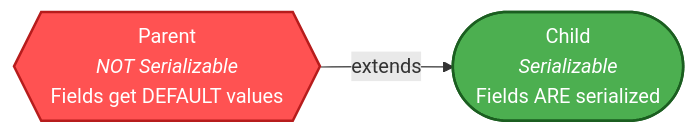
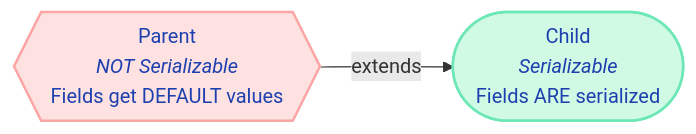
One commit to saivamsikaruturi/vamsilabs-dev-notes-main changed the second of 2 diagrams in docs/java/Serialization.md. Above: the diagram before and after it, drawn with Mermaid. The commit also changed other lines of this file and 220 other files, not shown here.

First line of the commit message:
Add 50+ new Java/Spring Boot pages, rewrite CSS code blocks to Oracle style, fix all diagram colors

````diff
--- a/docs/java/Serialization.md
+++ b/docs/java/Serialization.md
@@ -200,9 +200,9 @@
 ```mermaid
 flowchart LR
     Parent{{"Parent<br/><i>NOT Serializable</i><br/>Fields get DEFAULT values"}}
     Child(["Child<br/><i>Serializable</i><br/>Fields ARE serialized"])
     Parent -->|extends| Child
 
-    style Parent fill:#FF5252,color:#fff,stroke:#B71C1C,stroke-width:2px
-    style Child fill:#4CAF50,color:#fff,stroke:#1B5E20,stroke-width:2px
+    style Parent fill:#FEE2E2,color:#1E40AF,stroke:#FCA5A5,stroke-width:2px
+    style Child fill:#D1FAE5,color:#1E40AF,stroke:#6EE7B7,stroke-width:2px
 ```
````
